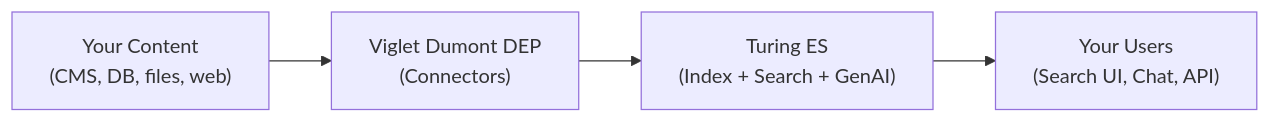
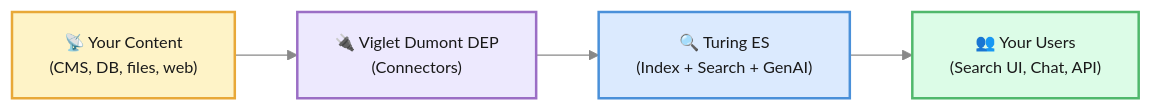
The diagram in docs-turing/getting-started/intro.md (openviglet/docs), drawn with Mermaid before and after one commit. The commit also changed 49 other files, not shown here.

First line of the commit message:
Standardize Mermaid diagrams and conventions

````diff
--- a/docs-turing/getting-started/intro.md
+++ b/docs-turing/getting-started/intro.md
@@ -34,9 +34,20 @@
 ```mermaid
+%%{init: {'theme': 'base', 'themeVariables': {'fontSize': '13px', 'primaryColor': '#fff', 'primaryBorderColor': '#c0c0c0', 'lineColor': '#888', 'textColor': '#333'}}}%%
 graph LR
-    A["Your Content\n(CMS, DB, files, web)"]
-    B["Viglet Dumont DEP\n(Connectors)"]
-    C["Turing ES\n(Index + Search + GenAI)"]
-    D["Your Users\n(Search UI, Chat, API)"]
+    A["📡 Your Content\n(CMS, DB, files, web)"]
+    B["🔌 Viglet Dumont DEP\n(Connectors)"]
+    C["🔍 Turing ES\n(Index + Search + GenAI)"]
+    D["👥 Your Users\n(Search UI, Chat, API)"]
 
     A --> B --> C --> D
+
+    classDef blue fill:#dbeafe,stroke:#4A90D9,stroke-width:2px,color:#1a1a1a
+    classDef green fill:#dcfce7,stroke:#50B86C,stroke-width:2px,color:#1a1a1a
+    classDef purple fill:#ede9fe,stroke:#9B6EC5,stroke-width:2px,color:#1a1a1a
+    classDef amber fill:#fef3c7,stroke:#E8A838,stroke-width:2px,color:#1a1a1a
+
+    class A amber
+    class B purple
+    class C blue
+    class D green
 ```
````
